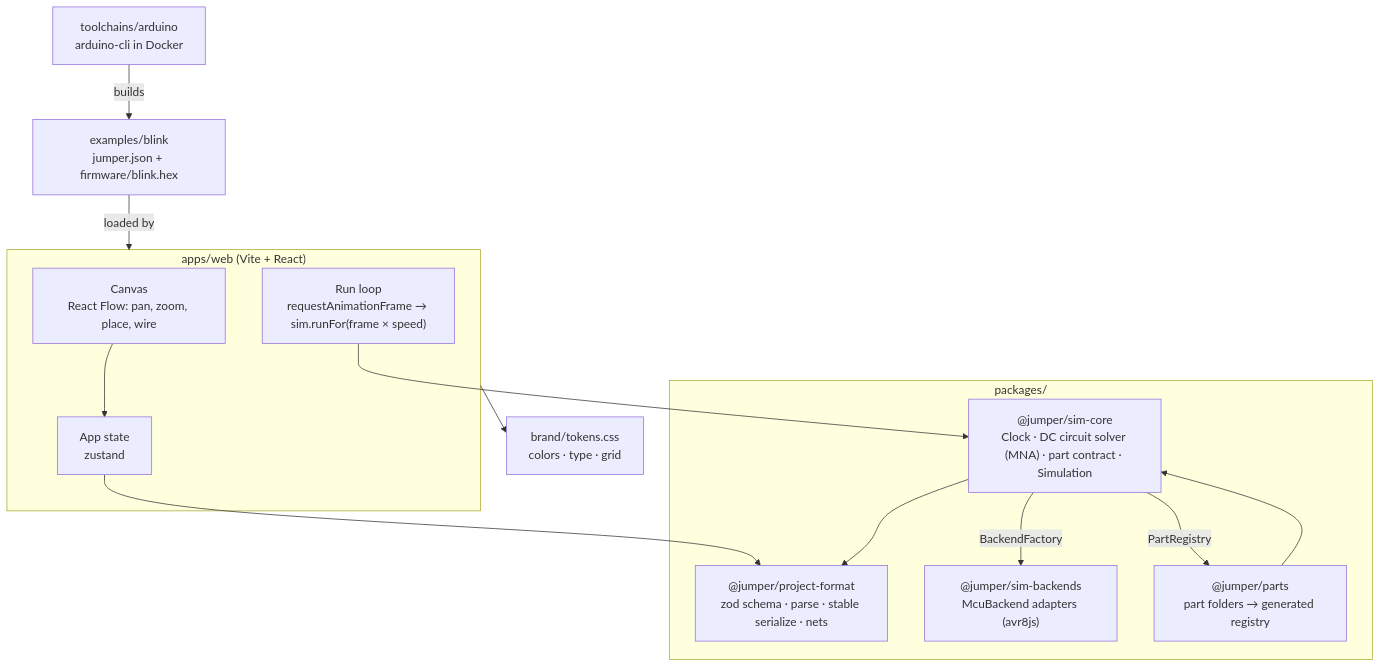
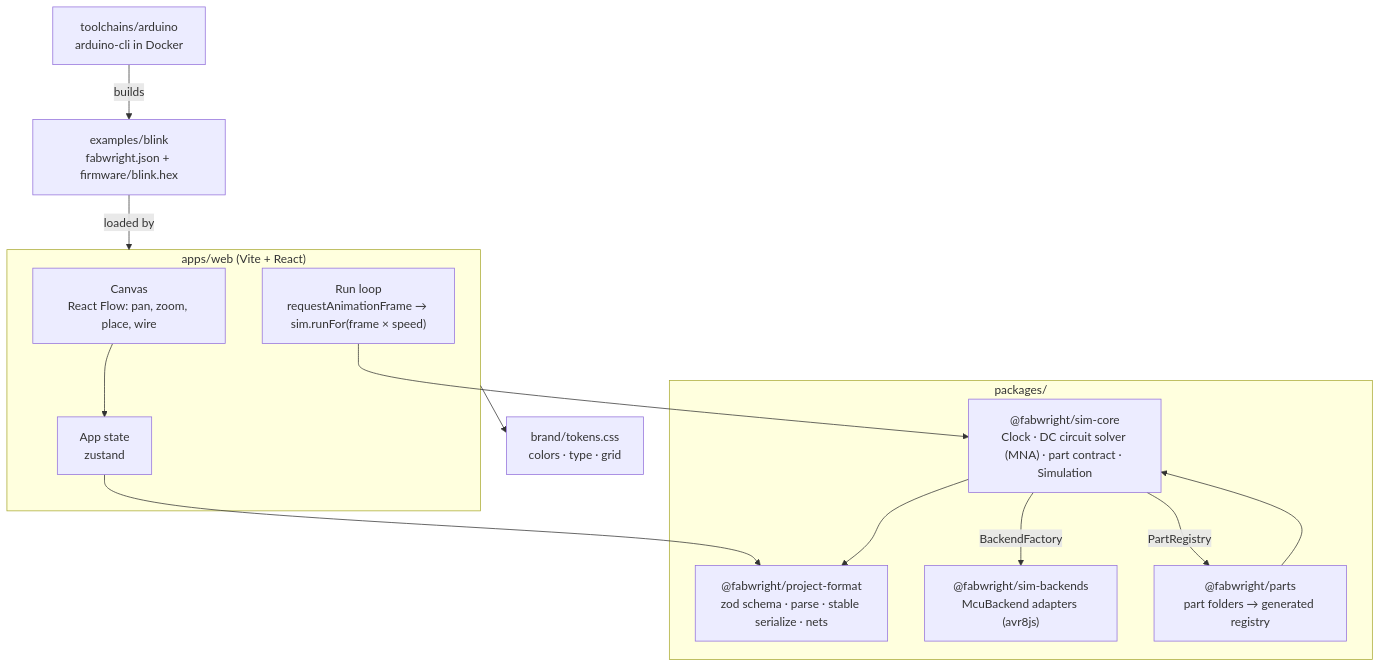
The first of 2 diagrams in docs/architecture.md (lausuarez02/faber), drawn with Mermaid before and after one commit. The commit also changed other lines of this file and 921 other files, not shown here.

````diff
--- a/docs/architecture.md
+++ b/docs/architecture.md
@@ -9,30 +9,30 @@
 ```mermaid
 flowchart TB
   subgraph app["apps/web (Vite + React)"]
     canvas["Canvas<br/>React Flow: pan, zoom, place, wire"]
     store["App state<br/>zustand"]
     loop["Run loop<br/>requestAnimationFrame → sim.runFor(frame × speed)"]
   end
 
   subgraph pkgs["packages/"]
-    pf["@jumper/project-format<br/>zod schema · parse · stable serialize · nets"]
-    core["@jumper/sim-core<br/>Clock · DC circuit solver (MNA) · part contract · Simulation"]
-    backends["@jumper/sim-backends<br/>McuBackend adapters (avr8js)"]
-    parts["@jumper/parts<br/>part folders → generated registry"]
+    pf["@fabwright/project-format<br/>zod schema · parse · stable serialize · nets"]
+    core["@fabwright/sim-core<br/>Clock · DC circuit solver (MNA) · part contract · Simulation"]
+    backends["@fabwright/sim-backends<br/>McuBackend adapters (avr8js)"]
+    parts["@fabwright/parts<br/>part folders → generated registry"]
   end
 
   brand["brand/tokens.css<br/>colors · type · grid"]
-  example["examples/blink<br/>jumper.json + firmware/blink.hex"]
+  example["examples/blink<br/>fabwright.json + firmware/blink.hex"]
   toolchain["toolchains/arduino<br/>arduino-cli in Docker"]
 
   canvas --> store
   store --> pf
   loop --> core
   core --> pf
   core -- "BackendFactory" --> backends
   core -- "PartRegistry" --> parts
   parts --> core
   app --> brand
   toolchain -- "builds" --> example
   example -- "loaded by" --> app
 ```
````
